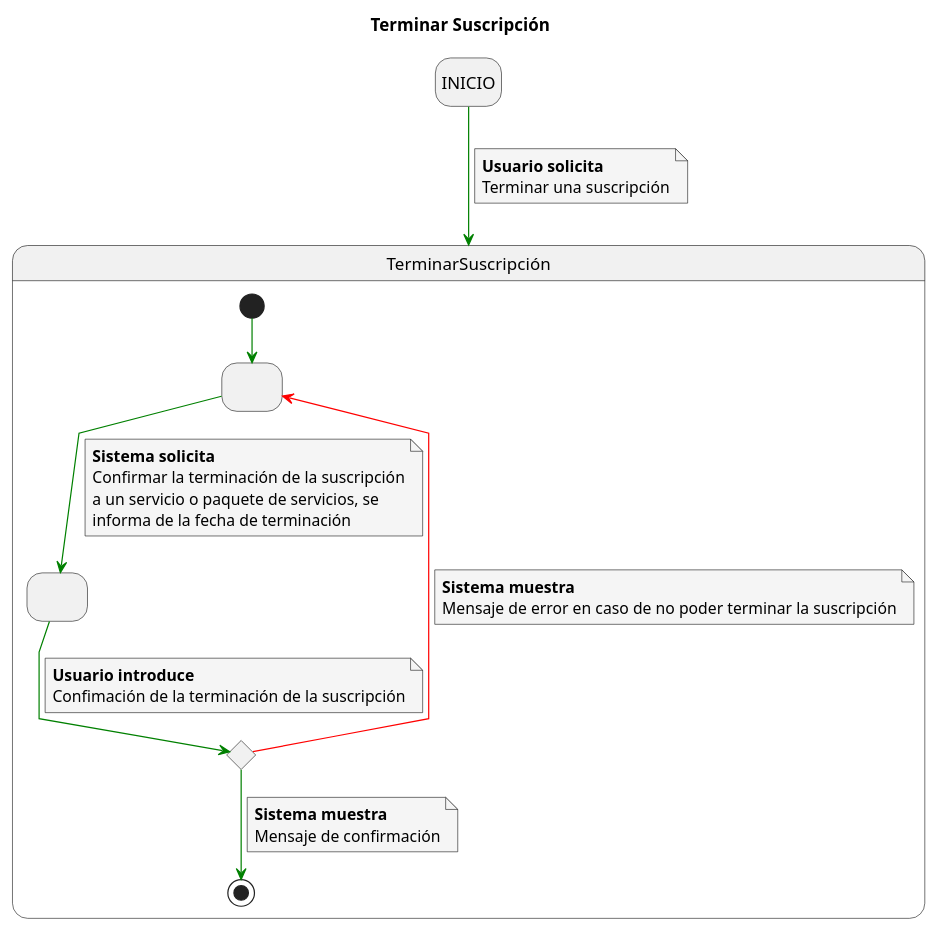
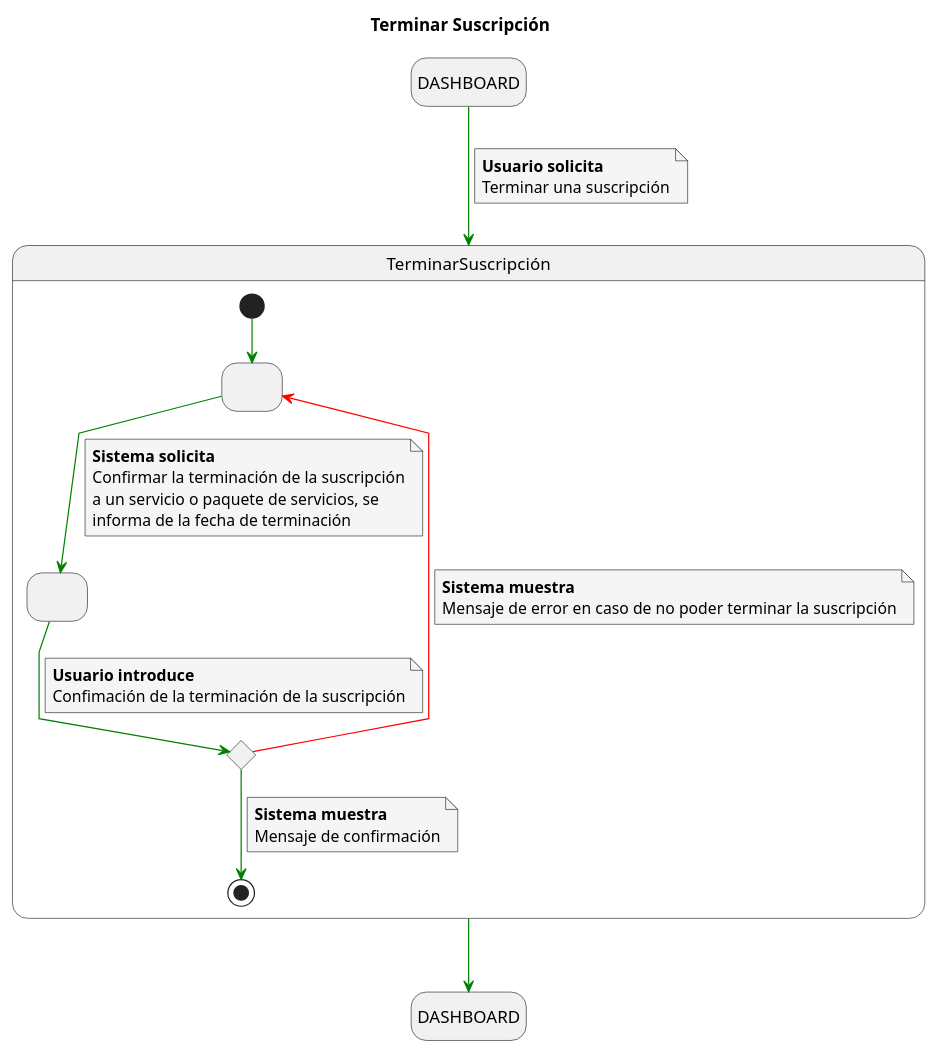
Before and after one commit to mmasias/23-24-IdSw1-SDR: the diagram in Caso_de_Uso/Casos_de_Uso/Usuarios/Egresado/CRD_Suscripción/Terminar_Suscripción/Caso_de_Uso.puml, drawn with PlantUML. The commit also changed 59 other files, not shown here.

```diff
--- a/Caso_de_Uso/Casos_de_Uso/Usuarios/Egresado/CRD_Suscripción/Terminar_Suscripción/Caso_de_Uso.puml
+++ b/Caso_de_Uso/Casos_de_Uso/Usuarios/Egresado/CRD_Suscripción/Terminar_Suscripción/Caso_de_Uso.puml
@@ -1,49 +1,53 @@
 @startuml
 skinparam defaultFontName Arial
 skinparam NoteBackgroundColor #whiteSmoke
 skinparam ArrowColor #green
 skinparam Linetype polyline
 top to bottom direction
 
 hide empty description
 title Terminar Suscripción
 
 skinparam defaultFontName Arial
 top to bottom direction
 
-INICIO -down-> TerminarSuscripción
+state endState as "DASHBOARD"
+
+DASHBOARD -down-> TerminarSuscripción
 note on link
 <b>Usuario solicita</b>
 Terminar una suscripción
 end note
+
+TerminarSuscripción -down-> endState
 
 state TerminarSuscripción{
   state 1 as " "
   state 2 as " "
   state 3 <<choice>>
   [*] --> 1
   1 --> 2
   note on link
   <b>Sistema solicita</b>
   Confirmar la terminación de la suscripción
   a un servicio o paquete de servicios, se
   informa de la fecha de terminación
   end note
   2 --> 3
   note on link
   <b>Usuario introduce</b>
   Confimación de la terminación de la suscripción
   end note
   3 -[#red]-> 1
   note on link
   <b>Sistema muestra</b>
   Mensaje de error en caso de no poder terminar la suscripción
   end note
   3 --> [*]
   note on link
   <b>Sistema muestra</b>
   Mensaje de confirmación
   end note
 }
 
 @enduml
```
